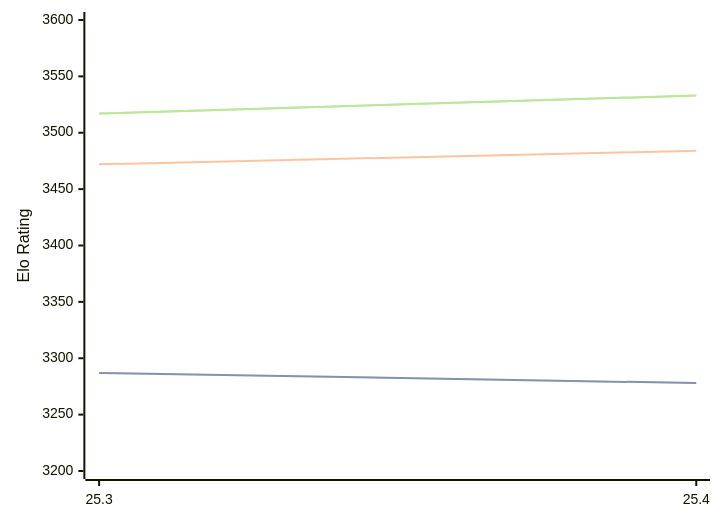
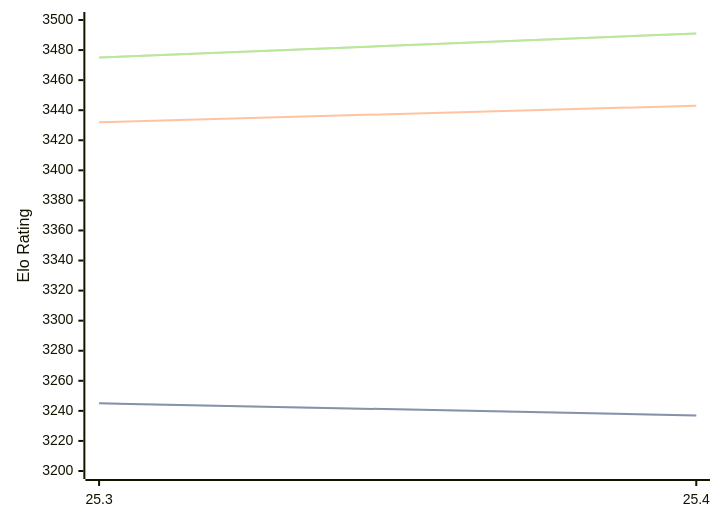
Before and after one commit to computer-chess-index/cci: the diagram in engines/Arasan.md, drawn with Mermaid. The commit also changed other lines of this file, not shown here.

Commit message:
Update CCI Ratings (ELO VLTC) - 2026-05-19

````diff
--- a/engines/Arasan.md
+++ b/engines/Arasan.md
@@ -33,11 +33,11 @@
 ```mermaid
 %%{init: {"theme":"base","themeVariables":{"seriesColors:['#a3a3a3','#222221','#faa371']}}}%%
 xychart-beta
   x-axis ["25.3", "25.4"]
-  y-axis "Elo Rating" 3200 --> 3600
-  line "STC (8.0+0.08s)" [3287, 3278]
-  line "STC (8.0+0.08s)" [3287, 3278]
-  line "LTC (60.0+0.60s)" [3472, 3484]
-  line "VLTC (2m24s+1.12s)" [3517, 3533]
-  line "VLTC (2m24s+1.12s)" [3517, 3533]
+  y-axis "Elo Rating" 3200 --> 3500
+  line "STC (8.0+0.08s)" [3245, 3237]
+  line "STC (8.0+0.08s)" [3245, 3237]
+  line "LTC (60.0+0.60s)" [3432, 3443]
+  line "VLTC (2m24s+1.12s)" [3475, 3491]
+  line "VLTC (2m24s+1.12s)" [3475, 3491]
 ```
````
